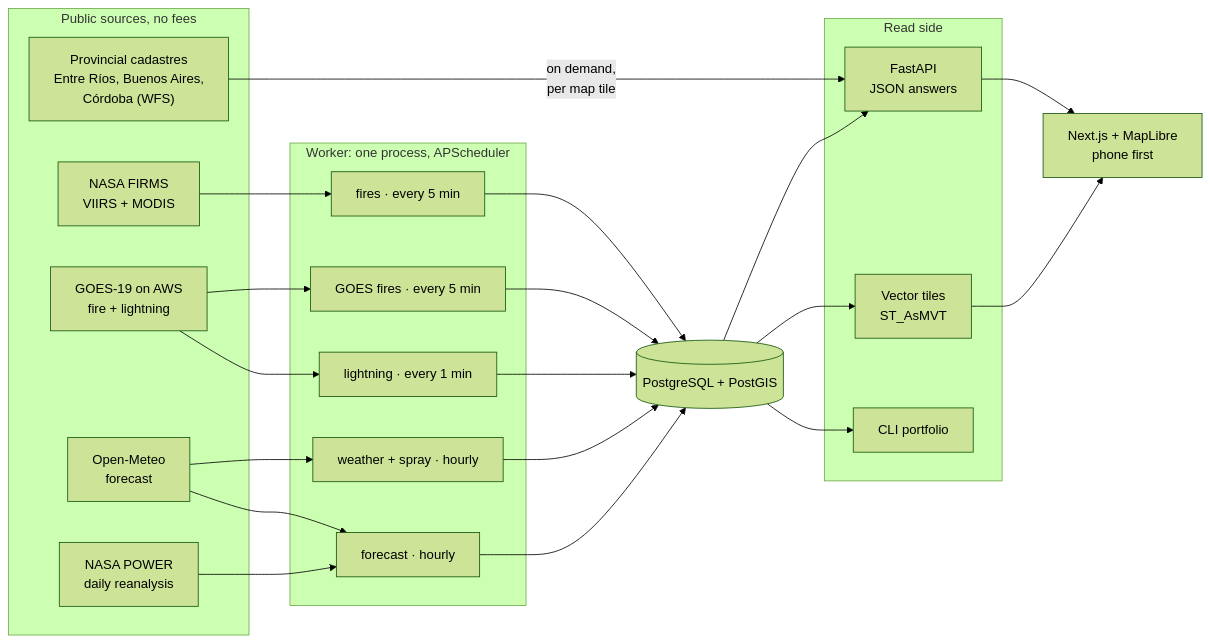
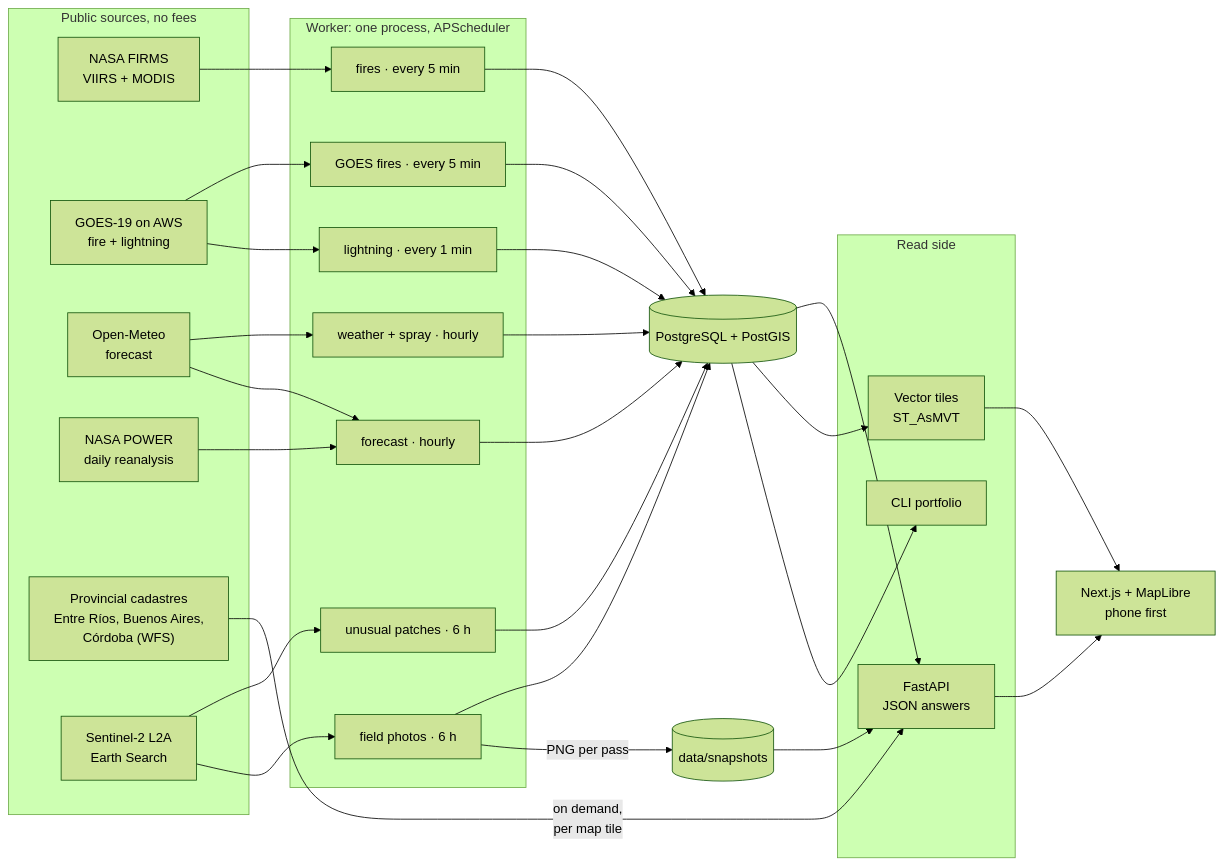
The first of 17 diagrams in README.md (nickyperrone/Fire-Detection-System), drawn with Mermaid (forest theme) before and after one commit. The commit also changed other lines of this file, not shown here.

Commit message:
Document the field page, its photos and email through Resend in the README

````diff
--- a/README.md
+++ b/README.md
@@ -86,32 +87,38 @@
 ```mermaid
 flowchart LR
     subgraph SOURCES["Public sources, no fees"]
         FIRMS["NASA FIRMS<br/>VIIRS + MODIS"]
         GOES["GOES-19 on AWS<br/>fire + lightning"]
         METEO["Open-Meteo<br/>forecast"]
         POWER["NASA POWER<br/>daily reanalysis"]
         ATER["Provincial cadastres<br/>Entre Ríos, Buenos Aires,<br/>Córdoba (WFS)"]
+        S2["Sentinel-2 L2A<br/>Earth Search"]
     end
     subgraph WORKER["Worker: one process, APScheduler"]
         J1["fires · every 5 min"]
         J2["GOES fires · every 5 min"]
         J3["lightning · every 1 min"]
         J4["weather + spray · hourly"]
         J5["forecast · hourly"]
+        J6["unusual patches · 6 h"]
+        J7["field photos · 6 h"]
     end
     DB[("PostgreSQL + PostGIS")]
     subgraph READ["Read side"]
         API["FastAPI<br/>JSON answers"]
         TILES["Vector tiles<br/>ST_AsMVT"]
         CLI["CLI portfolio"]
     end
     WEB["Next.js + MapLibre<br/>phone first"]
     FIRMS --> J1
     GOES --> J2 & J3
     METEO --> J4 & J5
     POWER --> J5
-    J1 & J2 & J3 & J4 & J5 --> DB
+    S2 --> J6 & J7
+    J1 & J2 & J3 & J4 & J5 & J6 & J7 --> DB
+    J7 -- "PNG per pass" --> FILES[("data/snapshots")]
+    FILES --> API
     ATER -- "on demand,<br/>per map tile" --> API
     DB --> API & TILES & CLI
     API & TILES --> WEB
 ```
````
